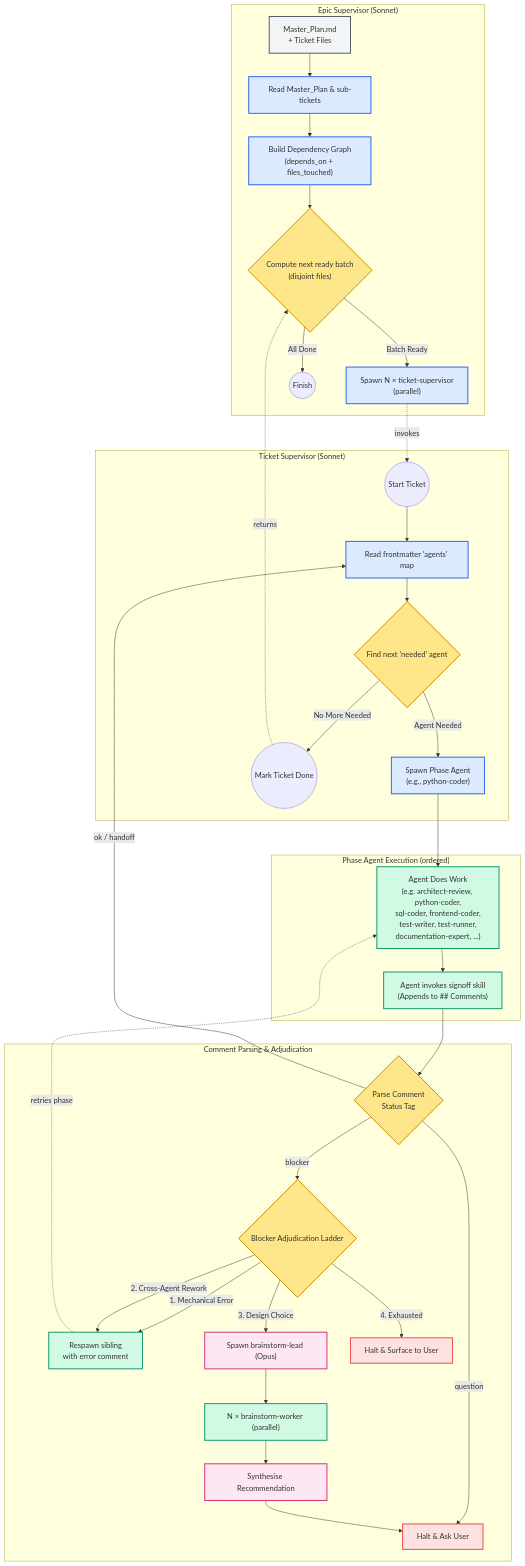
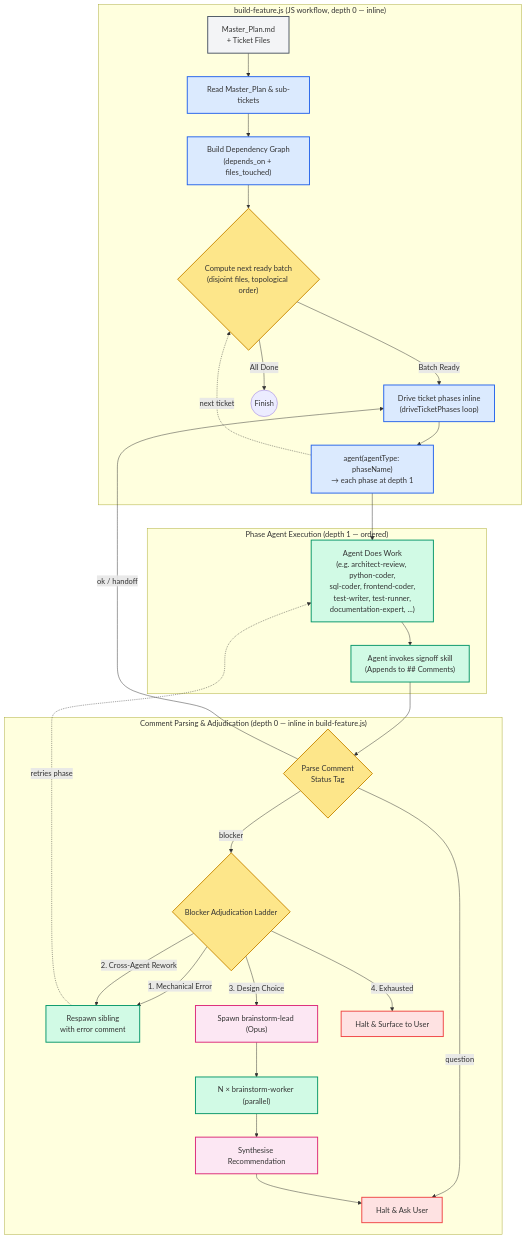
The fourth of 11 diagrams in docs/architecture/agent_delivery_workflows.md (urlmonitor/leafcutter-ai), drawn with Mermaid before and after one commit. The commit also changed other lines of this file and 3 other files, not shown here.

First line of the commit message:
docs(build-feature): ADR-019 + delivery-workflows update for inline phase dispatch

````diff
--- a/docs/architecture/agent_delivery_workflows.md
+++ b/docs/architecture/agent_delivery_workflows.md
@@ -235,76 +250,64 @@
 ```mermaid
 flowchart TD
     classDef input fill:#f3f4f6,stroke:#4b5563,stroke-width:2px;
     classDef orchestrator fill:#dbeafe,stroke:#2563eb,stroke-width:2px;
     classDef worker fill:#d1fae5,stroke:#059669,stroke-width:2px;
     classDef decision fill:#fde68a,stroke:#ca8a04,stroke-width:2px;
     classDef error fill:#fee2e2,stroke:#ef4444,stroke-width:2px;
     classDef gatekeeper fill:#fce7f3,stroke:#db2777,stroke-width:2px;
 
     %% Data Inputs
     MP["Master_Plan.md<br/>+ Ticket Files"]:::input
-    
-    %% Epic Supervisor
-    subgraph Epic_Supervisor_Layer ["Epic Supervisor (Sonnet)"]
-        ES_Read["Read Master_Plan & sub-tickets"]:::orchestrator
-        ES_Graph["Build Dependency Graph<br/>(depends_on + files_touched)"]:::orchestrator
-        ES_Batch{"Compute next ready batch<br/>(disjoint files)"}:::decision
-        ES_Spawn["Spawn N × ticket-supervisor<br/>(parallel)"]:::orchestrator
-        
-        MP --> ES_Read
-        ES_Read --> ES_Graph
-        ES_Graph --> ES_Batch
-        ES_Batch -->|Batch Ready| ES_Spawn
-        ES_Batch -->|All Done| ES_Finish((Finish))
+
+    %% build-feature.js (depth 0 — inline batching + phase dispatch)
+    subgraph Build_Feature_Layer ["build-feature.js (JS workflow, depth 0 — inline)"]
+        BF_Read["Read Master_Plan & sub-tickets"]:::orchestrator
+        BF_Graph["Build Dependency Graph<br/>(depends_on + files_touched)"]:::orchestrator
+        BF_Batch{"Compute next ready batch<br/>(disjoint files, topological order)"}:::decision
+        BF_Drive["Drive ticket phases inline<br/>(driveTicketPhases loop)"]:::orchestrator
+        BF_Phase["agent(agentType: phaseName)<br/>→ each phase at depth 1"]:::orchestrator
+
+        MP --> BF_Read
+        BF_Read --> BF_Graph
+        BF_Graph --> BF_Batch
+        BF_Batch -->|Batch Ready| BF_Drive
+        BF_Batch -->|All Done| BF_Finish((Finish))
+        BF_Drive --> BF_Phase
+        BF_Phase -. "next ticket" .-> BF_Batch
     end
-    
-    %% Ticket Supervisor
-    subgraph Ticket_Supervisor_Layer ["Ticket Supervisor (Sonnet)"]
-        TS_Start(("Start Ticket"))
-        TS_ReadFront["Read frontmatter 'agents' map"]:::orchestrator
-        TS_FindNext{"Find next 'needed' agent"}:::decision
-        TS_SpawnAgent["Spawn Phase Agent<br/>(e.g., python-coder)"]:::orchestrator
-        
-        ES_Spawn -. "invokes" .-> TS_Start
-        TS_Start --> TS_ReadFront
-        TS_ReadFront --> TS_FindNext
-        TS_FindNext -->|Agent Needed| TS_SpawnAgent
-        TS_FindNext -->|No More Needed| TS_Done(("Mark Ticket Done"))
-        TS_Done -. "returns" .-> ES_Batch
-    end
-    
+
     %% Agent Execution & Signoff
-    subgraph Phase_Execution ["Phase Agent Execution (ordered)"]
+    subgraph Phase_Execution ["Phase Agent Execution (depth 1 — ordered)"]
         AgentRun["Agent Does Work<br/>(e.g. architect-review, python-coder,<br/>sql-coder, frontend-coder,<br/>test-writer, test-runner,<br/>documentation-expert, ...)"]:::worker
         AgentSignoff["Agent invokes signoff skill<br/>(Appends to ## Comments)"]:::worker
-        
-        TS_SpawnAgent --> AgentRun
+
+        BF_Phase --> AgentRun
         AgentRun --> AgentSignoff
     end
-    
+
     %% Comment Adjudication
-    subgraph Adjudication_Ladder ["Comment Parsing & Adjudication"]
+    subgraph Adjudication_Ladder ["Comment Parsing & Adjudication (depth 0 — inline in build-feature.js)"]
         TS_Parse{"Parse Comment<br/>Status Tag"}:::decision
-        
+
         AgentSignoff --> TS_Parse
-        
-        TS_Parse -->|ok / handoff| TS_ReadFront
+
+        TS_Parse -->|ok / handoff| BF_Drive
         TS_Parse -->|question| TS_HaltUser["Halt & Ask User"]:::error
-        
+
         %% Blocker ladder
         TS_Parse -->|blocker| TS_Blocker{"Blocker Adjudication Ladder"}:::decision
-        
+
         TS_Blocker -->|1. Mechanical Error| TS_Respawn["Respawn sibling<br/>with error comment"]:::worker
         TS_Blocker -->|2. Cross-Agent Rework| TS_Respawn
         TS_Blocker -->|3. Design Choice| B_Lead["Spawn brainstorm-lead (Opus)"]:::gatekeeper
         TS_Blocker -->|4. Exhausted| TS_Fail["Halt & Surface to User"]:::error
-        
+
         TS_Respawn -. "retries phase" .-> AgentRun
-        
+
         %% Brainstorming
         B_Worker["N × brainstorm-worker (parallel)"]:::worker
         B_Lead --> B_Worker
         B_Worker --> B_Merge["Synthesise Recommendation"]:::gatekeeper
         B_Merge --> TS_HaltUser
     end
 ```
````
